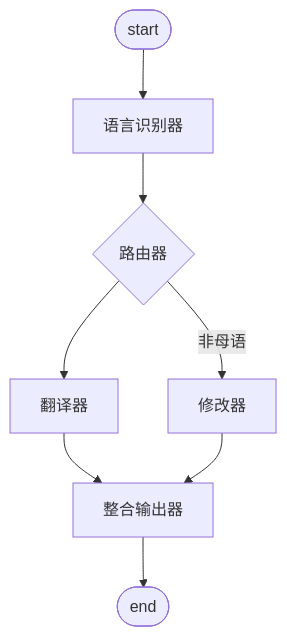
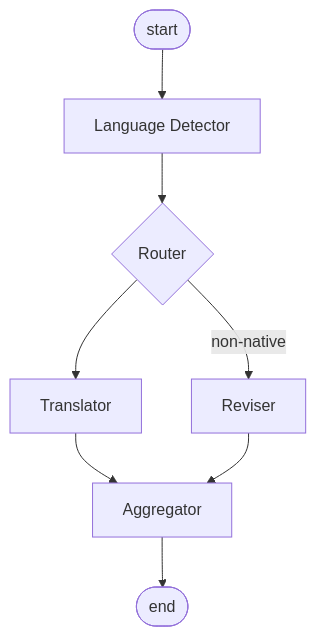
Before and after one commit to kaiyikang/retranslate: the diagram in README.md, drawn with Mermaid. The commit also changed other lines of this file and 1 other file, not shown here.

Commit message:
Update README.md and main.py for language processing enhancements; add final output aggregation and improve text handling instructions

````diff
--- a/README.md
+++ b/README.md
@@ -20,16 +20,15 @@
 ```mermaid
 flowchart TD
     Start([start])
-    LangDetect[语言识别器]
-    Router{路由器}
-    Translator[翻译器]
-    Reviser[修改器]
-    Aggregator[整合输出器]
+    LangDetect[Language Detector]
+    Router{Router}
+    Translator[Translator]
+    Reviser[Reviser]
+    Aggregator[Aggregator]
     End([end])
 
     Start --> LangDetect --> Router
     Router --> Translator --> Aggregator
-    Router -- 非母语 --> Reviser --> Aggregator
+    Router -- non-native --> Reviser --> Aggregator
     Aggregator --> End
-
 ```
````
